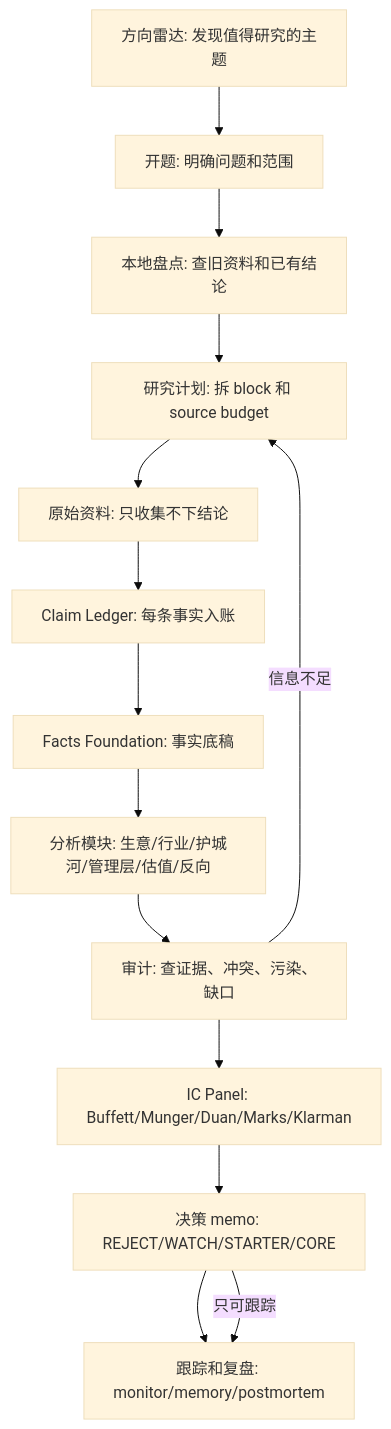
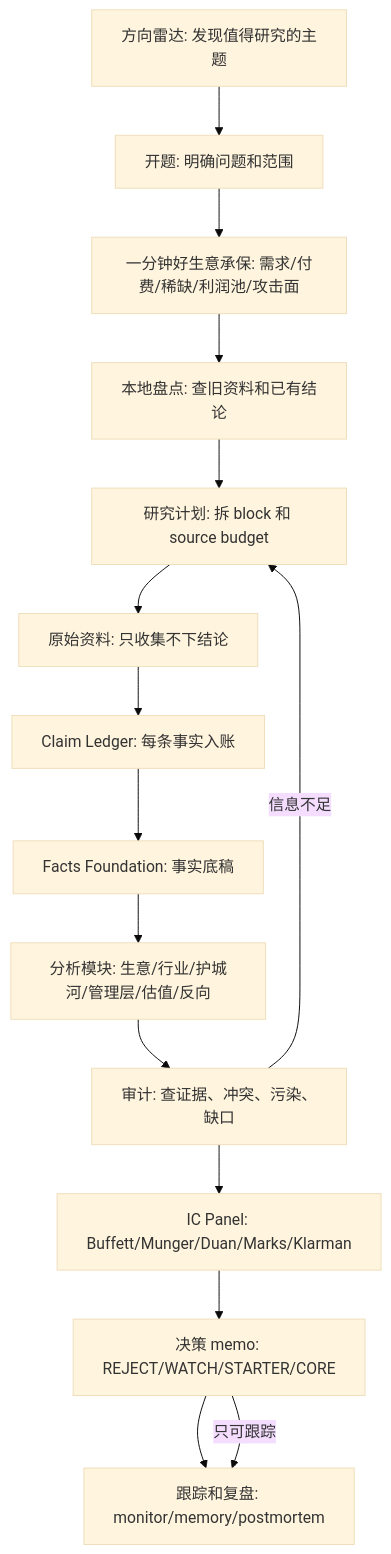
The diagram in frameworks/investment_research_pipeline_detailed.md (Nickcp39/investment_yanda), drawn with Mermaid (base theme) before and after one commit. The commit also changed other lines of this file and 41 other files, not shown here.

````diff
--- a/frameworks/investment_research_pipeline_detailed.md
+++ b/frameworks/investment_research_pipeline_detailed.md
@@ -20,16 +20,17 @@
 ```mermaid
 flowchart TD
   A["方向雷达: 发现值得研究的主题"] --> B["开题: 明确问题和范围"]
-  B --> C["本地盘点: 查旧资料和已有结论"]
+  B --> B0["一分钟好生意承保: 需求/付费/稀缺/利润池/攻击面"]
+  B0 --> C["本地盘点: 查旧资料和已有结论"]
   C --> D["研究计划: 拆 block 和 source budget"]
   D --> E["原始资料: 只收集不下结论"]
   E --> F["Claim Ledger: 每条事实入账"]
   F --> G["Facts Foundation: 事实底稿"]
   G --> H["分析模块: 生意/行业/护城河/管理层/估值/反向"]
   H --> I["审计: 查证据、冲突、污染、缺口"]
   I --> J["IC Panel: Buffett/Munger/Duan/Marks/Klarman"]
   J --> K["决策 memo: REJECT/WATCH/STARTER/CORE"]
   K --> L["跟踪和复盘: monitor/memory/postmortem"]
   I -->|信息不足| D
   K -->|只可跟踪| L
 ```
````
